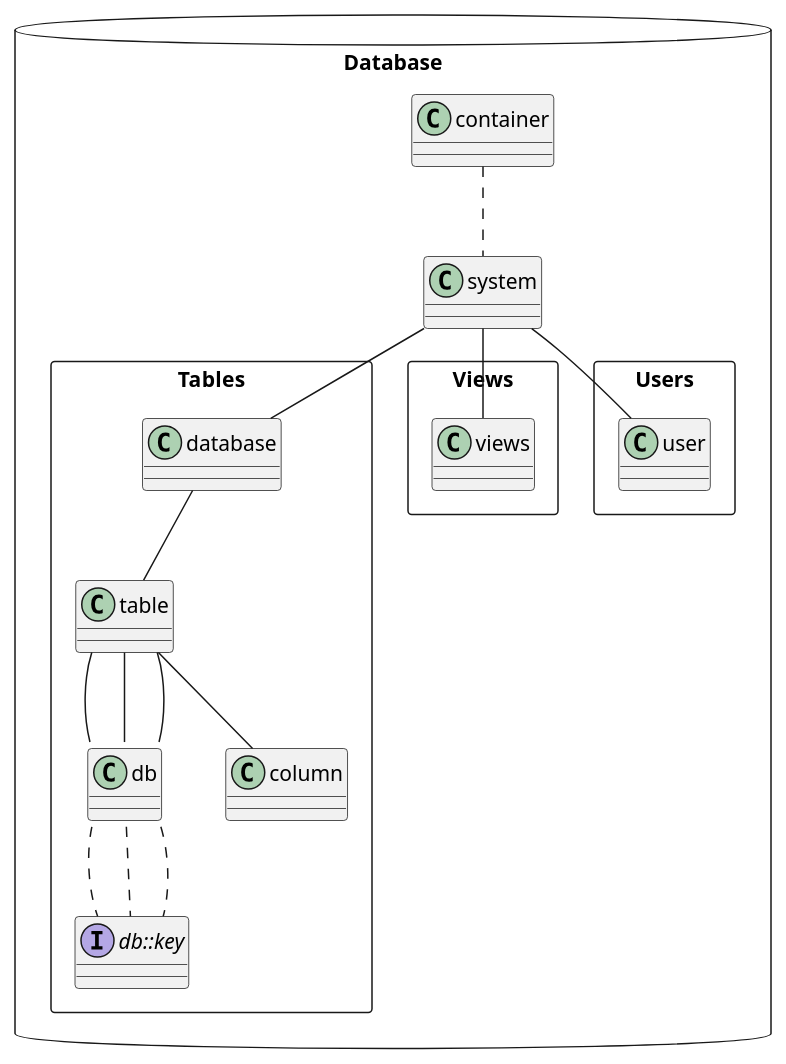
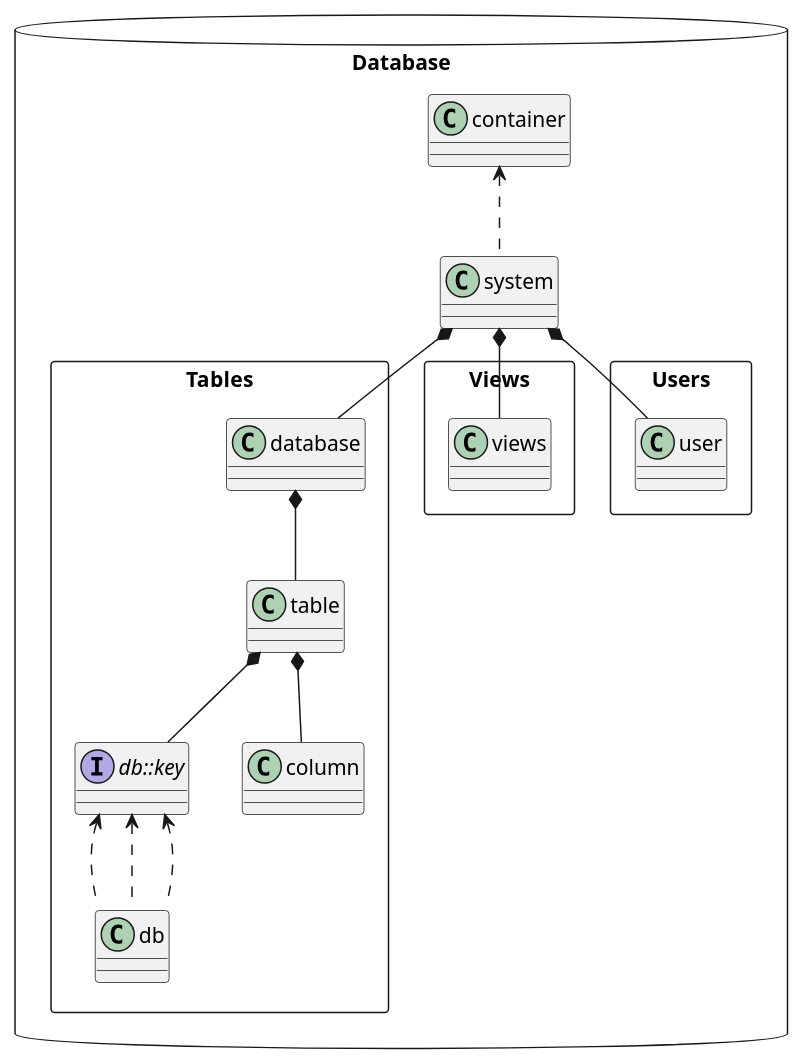
Before and after one commit to joergen-vs/73027c42-c2cd-4c62-b1f4-2532c0eb8dab: the diagram in usage/aspirations/umls/uml-database.puml, drawn with PlantUML. The commit also changed 5 other files, not shown here.

```diff
--- a/usage/aspirations/umls/uml-database.puml
+++ b/usage/aspirations/umls/uml-database.puml
@@ -1,33 +1,31 @@
 @startuml "database"
 
 package "Database" <<Database>> {
-    container .. system
+    container <.. system
 
     package "Tables" <<Rectangle>> {
-        system -- database
+        system *-- database
 
-        database -- table
+        database *-- table
         interface db::key
         
-        table -- db::primaryKey
-        table -- db::foreignKey
-        table -- db::candidateKey
-        db::primaryKey .. db::key
-        db::foreignKey .. db::key
-        db::candidateKey ..  db::key
+        table *-- db::key
+        db::key <.. db::primaryKey
+        db::key <.. db::foreignKey
+        db::key <.. db::candidateKey
 
-        table -- column
+        table *-- column
 
 
     }
 
     package "Views" <<Rectangle>> {
-        system -- views
+        system *-- views
     }
 
     package "Users" <<Rectangle>> {
-        system -- user
+        system *-- user
     }
 }
 
 @enduml
```
